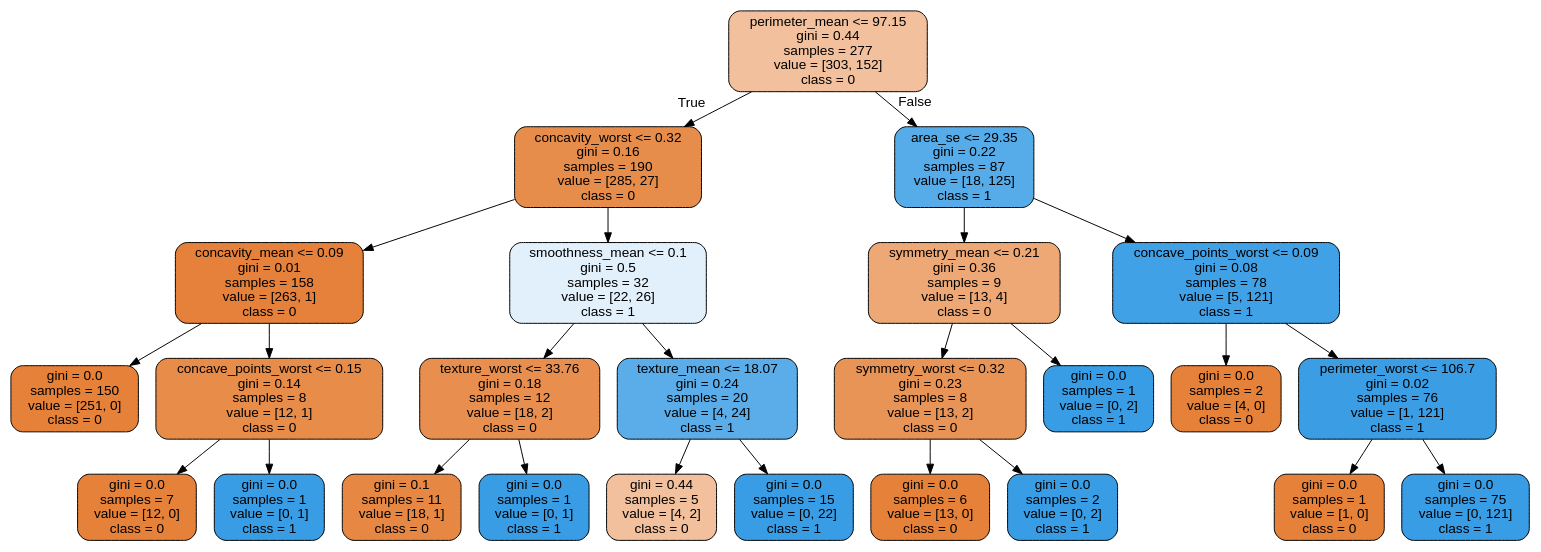
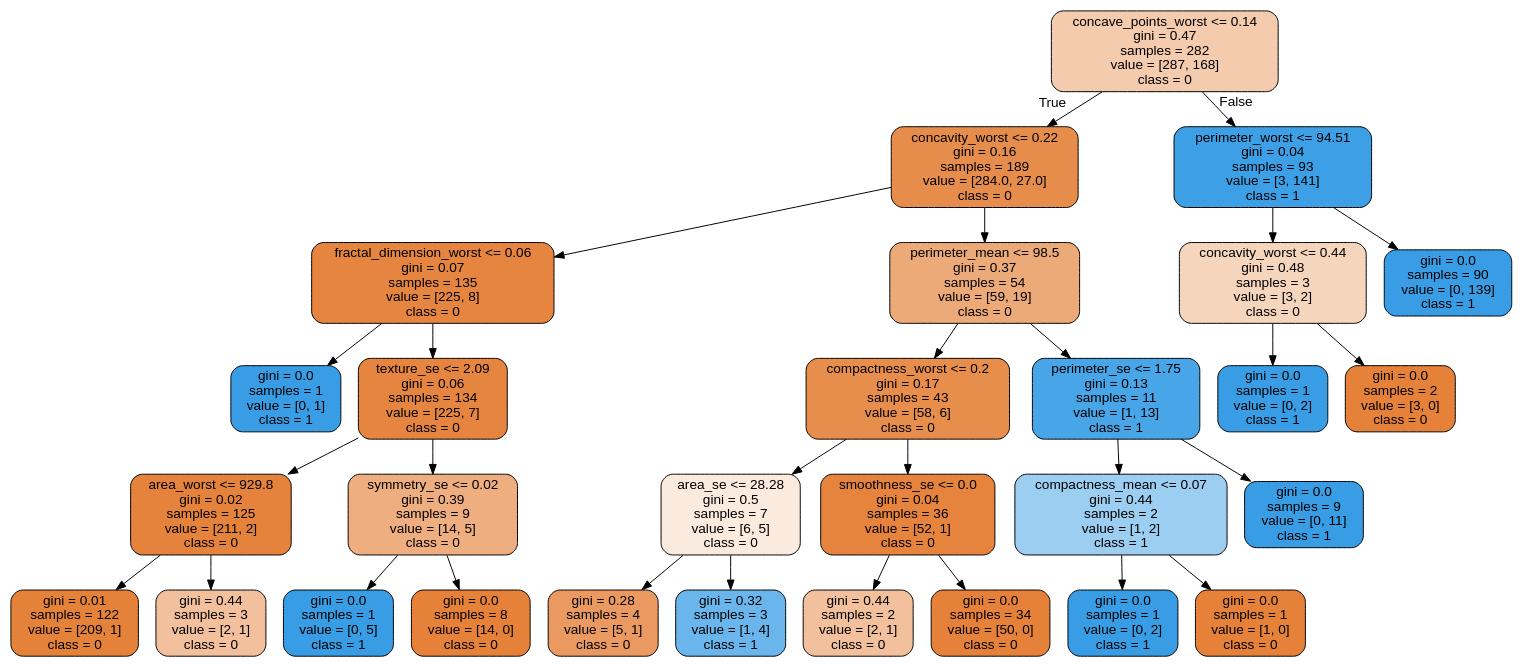
Before and after one commit to cyrilvincent/ML: the diagram in data/breast-cancer/tree.dot, drawn with Graphviz. The commit also changed 1 other file, not shown here.

```diff
--- a/data/breast-cancer/tree.dot
+++ b/data/breast-cancer/tree.dot
@@ -1,53 +1,61 @@
 digraph Tree {
 node [shape=box, style="filled, rounded", color="black", fontname="helvetica"] ;
 edge [fontname="helvetica"] ;
-0 [label="perimeter_mean <= 97.15\ngini = 0.44\nsamples = 277\nvalue = [303, 152]\nclass = 0", fillcolor="#f2c09c"] ;
-1 [label="concavity_worst <= 0.32\ngini = 0.16\nsamples = 190\nvalue = [285, 27]\nclass = 0", fillcolor="#e78d4c"] ;
+0 [label="concave_points_worst <= 0.14\ngini = 0.47\nsamples = 282\nvalue = [287, 168]\nclass = 0", fillcolor="#f4cbad"] ;
+1 [label="concavity_worst <= 0.22\ngini = 0.16\nsamples = 189\nvalue = [284.0, 27.0]\nclass = 0", fillcolor="#e78d4c"] ;
 0 -> 1 [labeldistance=2.5, labelangle=45, headlabel="True"] ;
-2 [label="concavity_mean <= 0.09\ngini = 0.01\nsamples = 158\nvalue = [263, 1]\nclass = 0", fillcolor="#e5813a"] ;
+2 [label="fractal_dimension_worst <= 0.06\ngini = 0.07\nsamples = 135\nvalue = [225, 8]\nclass = 0", fillcolor="#e68540"] ;
 1 -> 2 ;
-3 [label="gini = 0.0\nsamples = 150\nvalue = [251, 0]\nclass = 0", fillcolor="#e58139"] ;
+3 [label="gini = 0.0\nsamples = 1\nvalue = [0, 1]\nclass = 1", fillcolor="#399de5"] ;
 2 -> 3 ;
-4 [label="concave_points_worst <= 0.15\ngini = 0.14\nsamples = 8\nvalue = [12, 1]\nclass = 0", fillcolor="#e78c49"] ;
+4 [label="texture_se <= 2.09\ngini = 0.06\nsamples = 134\nvalue = [225, 7]\nclass = 0", fillcolor="#e6853f"] ;
 2 -> 4 ;
-5 [label="gini = 0.0\nsamples = 7\nvalue = [12, 0]\nclass = 0", fillcolor="#e58139"] ;
+5 [label="area_worst <= 929.8\ngini = 0.02\nsamples = 125\nvalue = [211, 2]\nclass = 0", fillcolor="#e5823b"] ;
 4 -> 5 ;
-6 [label="gini = 0.0\nsamples = 1\nvalue = [0, 1]\nclass = 1", fillcolor="#399de5"] ;
-4 -> 6 ;
-7 [label="smoothness_mean <= 0.1\ngini = 0.5\nsamples = 32\nvalue = [22, 26]\nclass = 1", fillcolor="#e1f0fb"] ;
-1 -> 7 ;
-8 [label="texture_worst <= 33.76\ngini = 0.18\nsamples = 12\nvalue = [18, 2]\nclass = 0", fillcolor="#e88f4f"] ;
-7 -> 8 ;
-9 [label="gini = 0.1\nsamples = 11\nvalue = [18, 1]\nclass = 0", fillcolor="#e68844"] ;
+6 [label="gini = 0.01\nsamples = 122\nvalue = [209, 1]\nclass = 0", fillcolor="#e5823a"] ;
+5 -> 6 ;
+7 [label="gini = 0.44\nsamples = 3\nvalue = [2, 1]\nclass = 0", fillcolor="#f2c09c"] ;
+5 -> 7 ;
+8 [label="symmetry_se <= 0.02\ngini = 0.39\nsamples = 9\nvalue = [14, 5]\nclass = 0", fillcolor="#eeae80"] ;
+4 -> 8 ;
+9 [label="gini = 0.0\nsamples = 1\nvalue = [0, 5]\nclass = 1", fillcolor="#399de5"] ;
 8 -> 9 ;
-10 [label="gini = 0.0\nsamples = 1\nvalue = [0, 1]\nclass = 1", fillcolor="#399de5"] ;
+10 [label="gini = 0.0\nsamples = 8\nvalue = [14, 0]\nclass = 0", fillcolor="#e58139"] ;
 8 -> 10 ;
-11 [label="texture_mean <= 18.07\ngini = 0.24\nsamples = 20\nvalue = [4, 24]\nclass = 1", fillcolor="#5aade9"] ;
-7 -> 11 ;
-12 [label="gini = 0.44\nsamples = 5\nvalue = [4, 2]\nclass = 0", fillcolor="#f2c09c"] ;
+11 [label="perimeter_mean <= 98.5\ngini = 0.37\nsamples = 54\nvalue = [59, 19]\nclass = 0", fillcolor="#edaa79"] ;
+1 -> 11 ;
+12 [label="compactness_worst <= 0.2\ngini = 0.17\nsamples = 43\nvalue = [58, 6]\nclass = 0", fillcolor="#e88e4d"] ;
 11 -> 12 ;
-13 [label="gini = 0.0\nsamples = 15\nvalue = [0, 22]\nclass = 1", fillcolor="#399de5"] ;
-11 -> 13 ;
-14 [label="area_se <= 29.35\ngini = 0.22\nsamples = 87\nvalue = [18, 125]\nclass = 1", fillcolor="#56abe9"] ;
-0 -> 14 [labeldistance=2.5, labelangle=-45, headlabel="False"] ;
-15 [label="symmetry_mean <= 0.21\ngini = 0.36\nsamples = 9\nvalue = [13, 4]\nclass = 0", fillcolor="#eda876"] ;
-14 -> 15 ;
-16 [label="symmetry_worst <= 0.32\ngini = 0.23\nsamples = 8\nvalue = [13, 2]\nclass = 0", fillcolor="#e99457"] ;
-15 -> 16 ;
-17 [label="gini = 0.0\nsamples = 6\nvalue = [13, 0]\nclass = 0", fillcolor="#e58139"] ;
+13 [label="area_se <= 28.28\ngini = 0.5\nsamples = 7\nvalue = [6, 5]\nclass = 0", fillcolor="#fbeade"] ;
+12 -> 13 ;
+14 [label="gini = 0.28\nsamples = 4\nvalue = [5, 1]\nclass = 0", fillcolor="#ea9a61"] ;
+13 -> 14 ;
+15 [label="gini = 0.32\nsamples = 3\nvalue = [1, 4]\nclass = 1", fillcolor="#6ab6ec"] ;
+13 -> 15 ;
+16 [label="smoothness_se <= 0.0\ngini = 0.04\nsamples = 36\nvalue = [52, 1]\nclass = 0", fillcolor="#e6833d"] ;
+12 -> 16 ;
+17 [label="gini = 0.44\nsamples = 2\nvalue = [2, 1]\nclass = 0", fillcolor="#f2c09c"] ;
 16 -> 17 ;
-18 [label="gini = 0.0\nsamples = 2\nvalue = [0, 2]\nclass = 1", fillcolor="#399de5"] ;
+18 [label="gini = 0.0\nsamples = 34\nvalue = [50, 0]\nclass = 0", fillcolor="#e58139"] ;
 16 -> 18 ;
-19 [label="gini = 0.0\nsamples = 1\nvalue = [0, 2]\nclass = 1", fillcolor="#399de5"] ;
-15 -> 19 ;
-20 [label="concave_points_worst <= 0.09\ngini = 0.08\nsamples = 78\nvalue = [5, 121]\nclass = 1", fillcolor="#41a1e6"] ;
-14 -> 20 ;
-21 [label="gini = 0.0\nsamples = 2\nvalue = [4, 0]\nclass = 0", fillcolor="#e58139"] ;
+19 [label="perimeter_se <= 1.75\ngini = 0.13\nsamples = 11\nvalue = [1, 13]\nclass = 1", fillcolor="#48a5e7"] ;
+11 -> 19 ;
+20 [label="compactness_mean <= 0.07\ngini = 0.44\nsamples = 2\nvalue = [1, 2]\nclass = 1", fillcolor="#9ccef2"] ;
+19 -> 20 ;
+21 [label="gini = 0.0\nsamples = 1\nvalue = [0, 2]\nclass = 1", fillcolor="#399de5"] ;
 20 -> 21 ;
-22 [label="perimeter_worst <= 106.7\ngini = 0.02\nsamples = 76\nvalue = [1, 121]\nclass = 1", fillcolor="#3b9ee5"] ;
+22 [label="gini = 0.0\nsamples = 1\nvalue = [1, 0]\nclass = 0", fillcolor="#e58139"] ;
 20 -> 22 ;
-23 [label="gini = 0.0\nsamples = 1\nvalue = [1, 0]\nclass = 0", fillcolor="#e58139"] ;
-22 -> 23 ;
-24 [label="gini = 0.0\nsamples = 75\nvalue = [0, 121]\nclass = 1", fillcolor="#399de5"] ;
-22 -> 24 ;
+23 [label="gini = 0.0\nsamples = 9\nvalue = [0, 11]\nclass = 1", fillcolor="#399de5"] ;
+19 -> 23 ;
+24 [label="perimeter_worst <= 94.51\ngini = 0.04\nsamples = 93\nvalue = [3, 141]\nclass = 1", fillcolor="#3d9fe6"] ;
+0 -> 24 [labeldistance=2.5, labelangle=-45, headlabel="False"] ;
+25 [label="concavity_worst <= 0.44\ngini = 0.48\nsamples = 3\nvalue = [3, 2]\nclass = 0", fillcolor="#f6d5bd"] ;
+24 -> 25 ;
+26 [label="gini = 0.0\nsamples = 1\nvalue = [0, 2]\nclass = 1", fillcolor="#399de5"] ;
+25 -> 26 ;
+27 [label="gini = 0.0\nsamples = 2\nvalue = [3, 0]\nclass = 0", fillcolor="#e58139"] ;
+25 -> 27 ;
+28 [label="gini = 0.0\nsamples = 90\nvalue = [0, 139]\nclass = 1", fillcolor="#399de5"] ;
+24 -> 28 ;
 }
```
